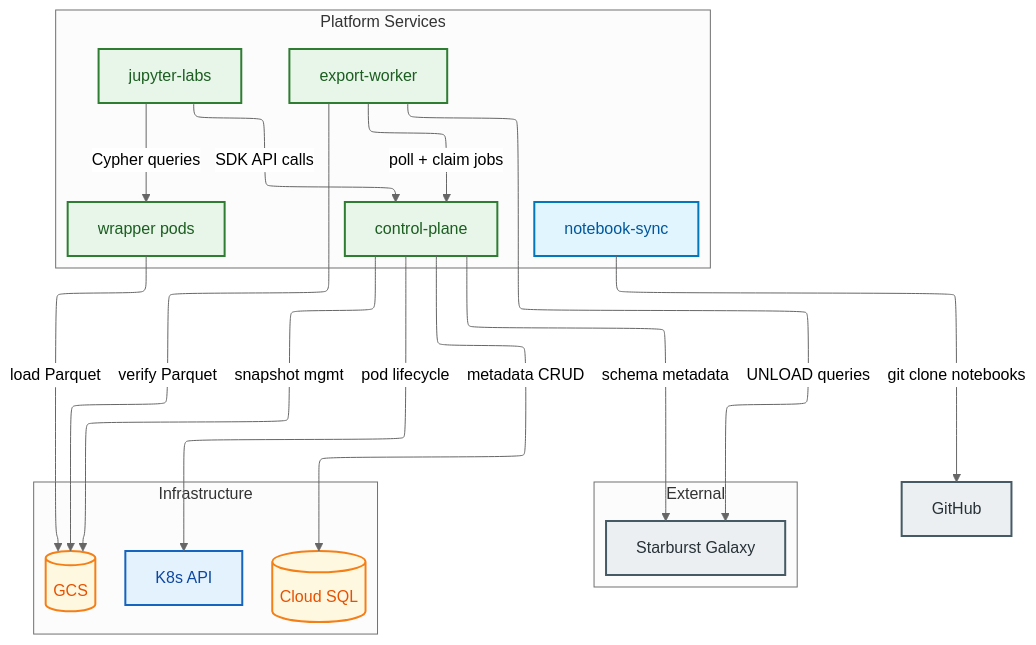
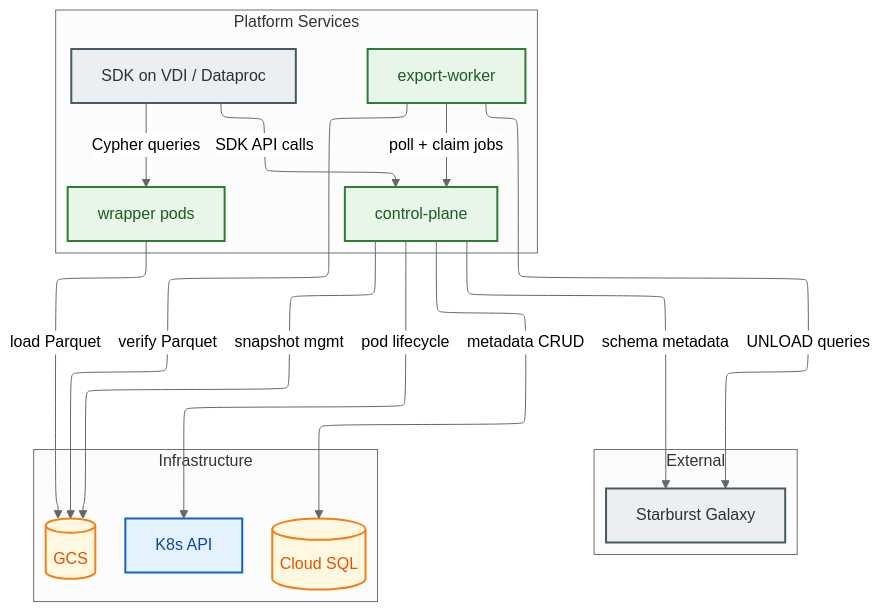
Before and after one commit to b4uharsha/newgraph: the first of 3 diagrams in documentation/src/content/docs/operations/service-catalogue-manual.md, drawn with Mermaid (neutral theme). The commit also changed other lines of this file and 88 other files, not shown here.

````diff
--- a/documentation/src/content/docs/operations/service-catalogue-manual.md
+++ b/documentation/src/content/docs/operations/service-catalogue-manual.md
@@ -60,53 +57,49 @@
 ```mermaid
 ---
 config:
   layout: elk
   elk:
     mergeEdges: false
     nodePlacementStrategy: BRANDES_KOEPF
 ---
 flowchart TD
     accTitle: Service Dependency Map
     accDescr: Service-to-service and service-to-infrastructure dependencies for the Graph OLAP Platform
 
     classDef service fill:#E8F5E9,stroke:#2E7D32,stroke-width:2px,color:#1B5E20
     classDef data fill:#FFF8E1,stroke:#F57F17,stroke-width:2px,color:#E65100
     classDef infra fill:#E3F2FD,stroke:#1565C0,stroke-width:2px,color:#0D47A1
     classDef external fill:#ECEFF1,stroke:#455A64,stroke-width:2px,color:#263238
     classDef process fill:#E1F5FE,stroke:#0277BD,stroke-width:2px,color:#01579B
 
     subgraph ext [External]
         SB[Starburst Galaxy]:::external
     end
 
     subgraph infra_grp [Infrastructure]
         SQL[(Cloud SQL)]:::data
         GCS[(GCS)]:::data
         K8S[K8s API]:::infra
     end
 
     subgraph platform [Platform Services]
         CP[control-plane]:::service
         EW[export-worker]:::service
         WP[wrapper pods]:::service
-        JL[jupyter-labs]:::service
-        NS[notebook-sync]:::process
+        SDK[SDK on VDI / Dataproc]:::external
     end
 
     CP -->|metadata CRUD| SQL
     CP -->|snapshot mgmt| GCS
     CP -->|pod lifecycle| K8S
     CP -->|schema metadata| SB
 
     EW -->|poll + claim jobs| CP
     EW -->|UNLOAD queries| SB
     EW -->|verify Parquet| GCS
 
     WP -->|load Parquet| GCS
 
-    JL -->|SDK API calls| CP
-    JL -->|Cypher queries| WP
-
-    GH[GitHub]:::external
-    NS -->|git clone notebooks| GH
+    SDK -->|SDK API calls| CP
+    SDK -->|Cypher queries| WP
 ```
````
